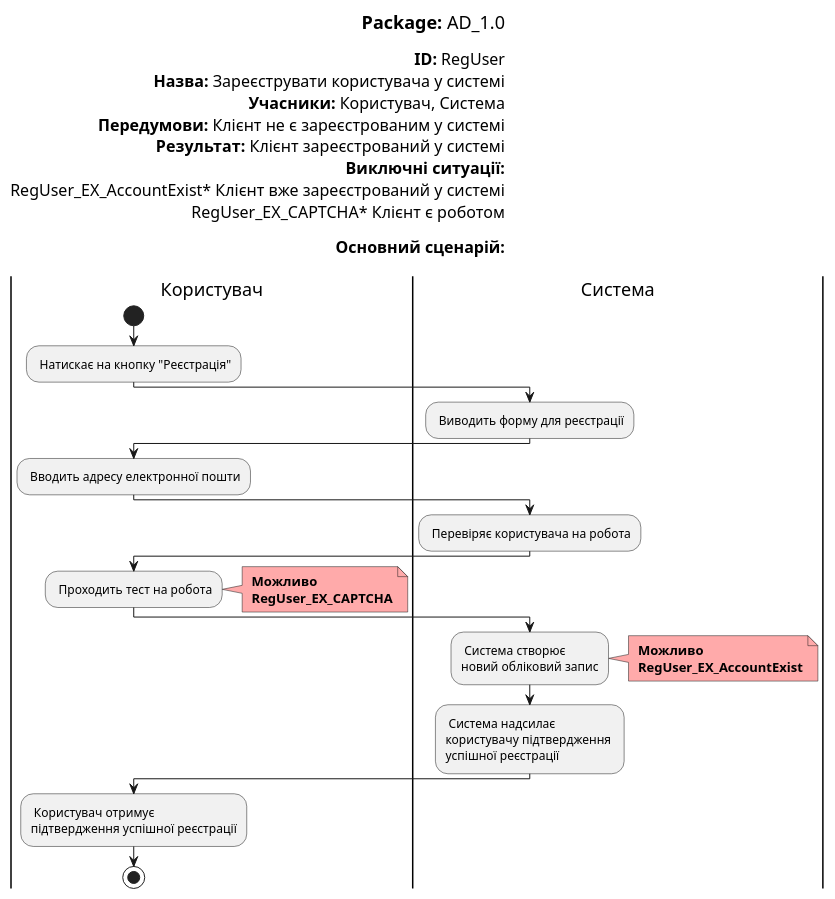
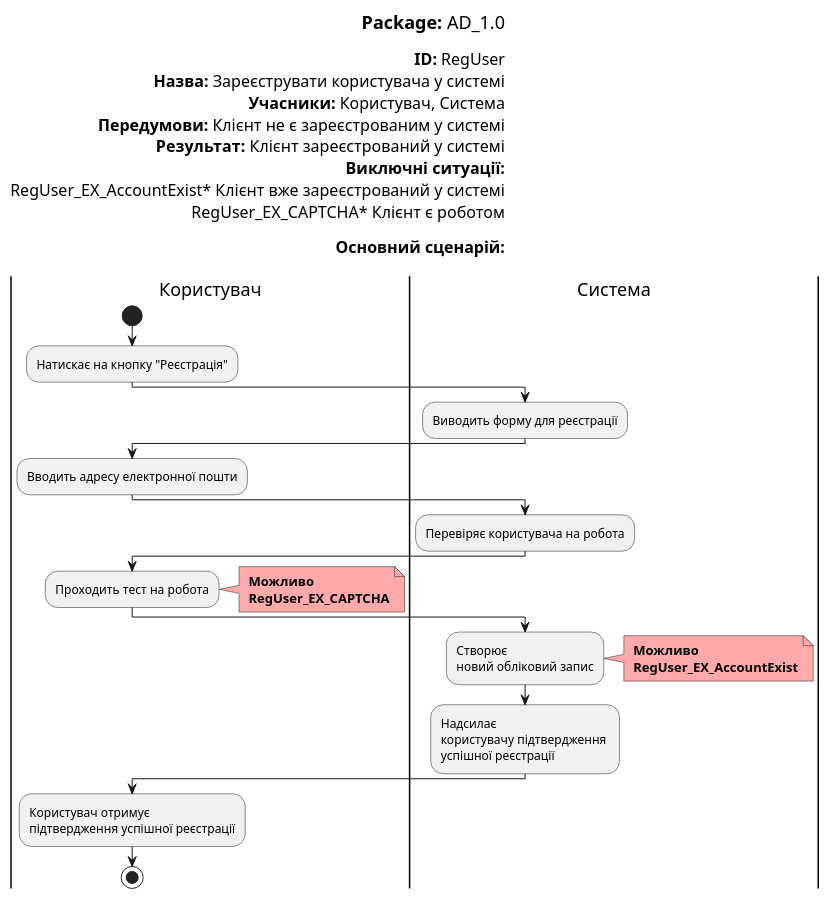
Before and after one commit to boldak/edu-db-cw: the sixth of 9 diagrams in docs/use cases/README.md, drawn with PlantUML. The commit also changed other lines of this file and 1 other file, not shown here.

Commit message:
made UML diagrams for AddMember, DeleteMember and ChangeRights use cases

```diff
--- a/docs/use cases/README.md
+++ b/docs/use cases/README.md
@@ -189,56 +240,56 @@
 @startuml
 
     left header
         <font color=000 size=18><b>Package:</b> AD_1.0
         
         <font color=000 size=16><b>ID:</b> RegUser
         <font color=000 size=16><b>Назва:</b> Зареєструвати користувача у системі
         <font color=000 size=16><b>Учасники:</b> Користувач, Система
         <font color=000 size=16><b>Передумови:</b> Клієнт не є зареєстрованим у системі
         <font color=000 size=16><b>Результат:</b> Клієнт зареєстрований у системі
         <font color=000 size=16><b>Виключні ситуації:</b>
         <font color=000 size=16> RegUser_EX_AccountExist* Клієнт вже зареєстрований у системі
         <font color=000 size=16> RegUser_EX_CAPTCHA* Клієнт є роботом
         
         <font color=000 size=16><b>Основний сценарій:</b>
         
     end header
 
     |Користувач|
         start
-        : Натискає на кнопку "Реєстрація";
+        :Натискає на кнопку "Реєстрація";
         
     |Система|
-        : Виводить форму для реєстрації;
+        :Виводить форму для реєстрації;
         
     |Користувач|
-        : Вводить адресу електронної пошти;
+        :Вводить адресу електронної пошти;
         
     |Система|
-        : Перевіряє користувача на робота;
+        :Перевіряє користувача на робота;
         
     |Користувач|
-        : Проходить тест на робота;
+        :Проходить тест на робота;
         note right #ffaaaa
         <b> Можливо
         <b> RegUser_EX_CAPTCHA
         end note
         
     |Система|
-        : Система створює 
+        :Створює 
         новий обліковий запис;
         note right #ffaaaa
         <b> Можливо
         <b> RegUser_EX_AccountExist
         end note
         
-        : Система надсилає
+        :Надсилає
         користувачу підтвердження 
         успішної реєстрації;
         
     |Користувач|
-        : Користувач отримує 
+        :Користувач отримує 
         підтвердження успішної реєстрації;
         stop;
 
 @enduml
```
